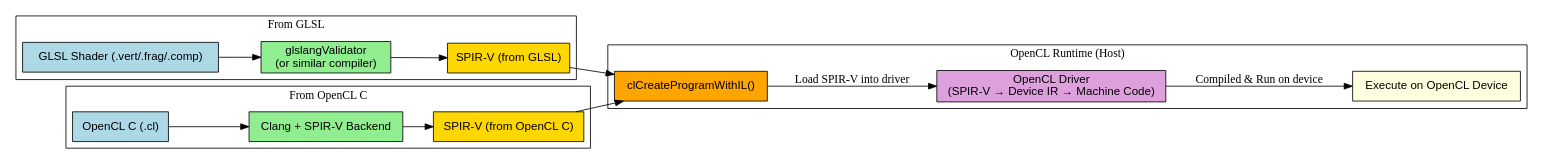
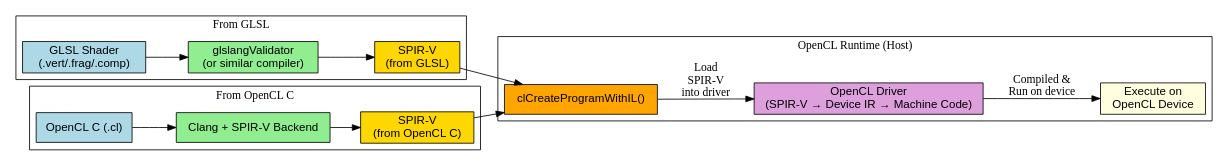
The diagram in Fig/gpu/spirv-deploy.gv (Jonathan2251/lbd), drawn with Graphviz before and after one commit. The commit also changed 12 other files, not shown here.

```diff
--- a/Fig/gpu/spirv-deploy.gv
+++ b/Fig/gpu/spirv-deploy.gv
@@ -1,34 +1,34 @@
 digraph SPIRV_Deployment {
     rankdir=LR;
     node [shape=box, style=filled, fillcolor=lightgray, fontname="Helvetica"];
 
     subgraph cluster_glsl {
         label = "From GLSL";
-        glsl_src [label="GLSL Shader (.vert/.frag/.comp)", fillcolor=lightblue];
+        glsl_src [label="GLSL Shader\n (.vert/.frag/.comp)", fillcolor=lightblue];
         glsl_compiler [label="glslangValidator\n(or similar compiler)", fillcolor=lightgreen];
-        spirv_glsl [label="SPIR-V (from GLSL)", fillcolor=gold];
+        spirv_glsl [label="SPIR-V\n (from GLSL)", fillcolor=gold];
         glsl_src -> glsl_compiler -> spirv_glsl;
     }
 
     subgraph cluster_opencl {
         label = "From OpenCL C";
         opencl_src [label="OpenCL C (.cl)", fillcolor=lightblue];
         clang_spirv [label="Clang + SPIR-V Backend", fillcolor=lightgreen];
-        spirv_opencl [label="SPIR-V (from OpenCL C)", fillcolor=gold];
+        spirv_opencl [label="SPIR-V\n (from OpenCL C)", fillcolor=gold];
         opencl_src -> clang_spirv -> spirv_opencl;
     }
 
     subgraph cluster_opencl_runtime {
         label = "OpenCL Runtime (Host)";
         spirv_loader [label="clCreateProgramWithIL()", fillcolor=orange];
         spirv_glsl -> spirv_loader;
         spirv_opencl -> spirv_loader;
-        spirv_loader -> device_driver [label="Load SPIR-V into driver"];
+        spirv_loader -> device_driver [label="Load\n SPIR-V\n into driver"];
         device_driver [label="OpenCL Driver\n(SPIR-V → Device IR → Machine Code)", fillcolor=plum];
-        device_driver -> execution [label="Compiled & Run on device"];
-        execution [label="Execute on OpenCL Device", fillcolor=lightyellow];
+        device_driver -> execution [label="Compiled &\n Run on device"];
+        execution [label="Execute on\n OpenCL Device", fillcolor=lightyellow];
     }
 
     // Styling
     edge [fontname="Helvetica"];
 }
```
